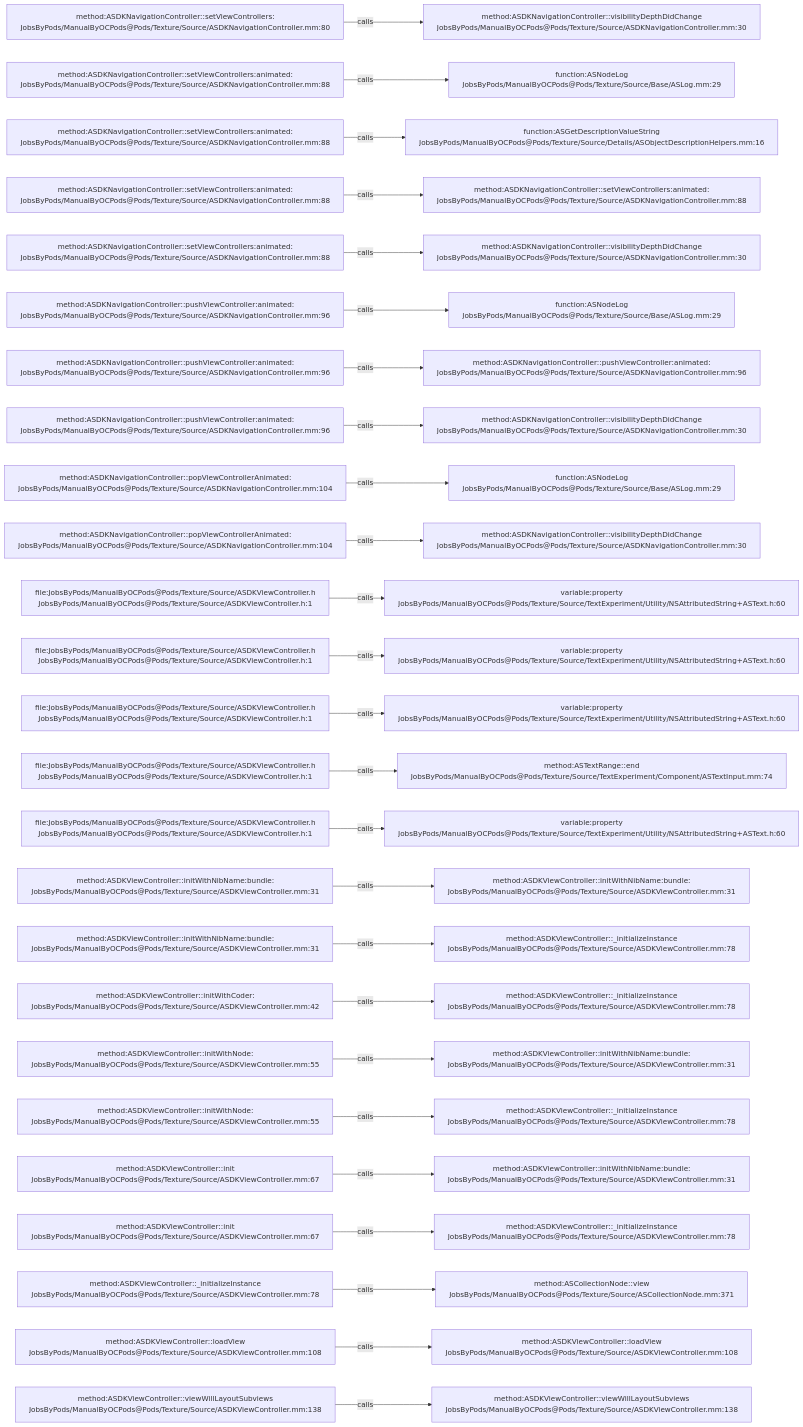
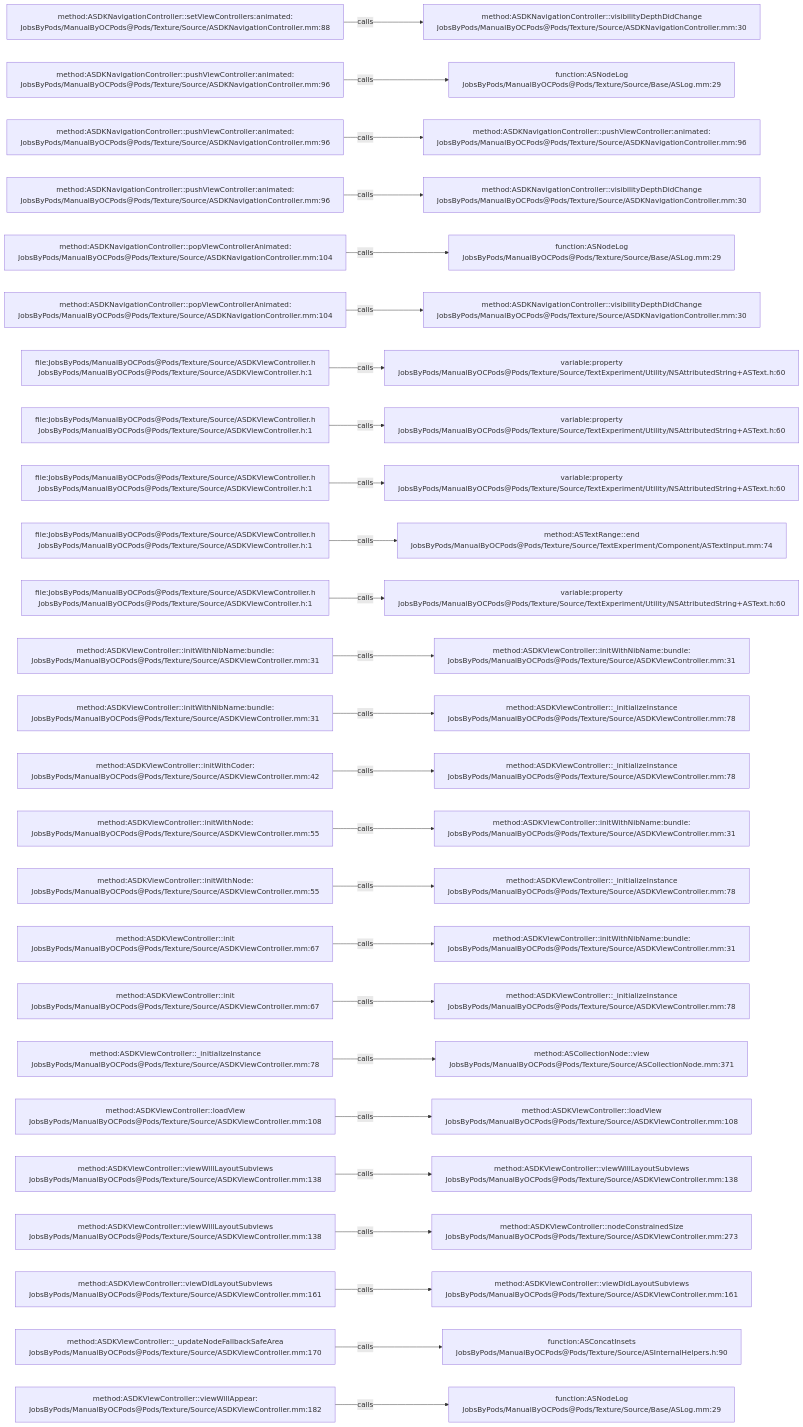
Before and after one commit to JobsKits/JobsOCBaseConfigDemo: the diagram in .codegraph/codegraph.md/graphs/calls-086.md, drawn with Mermaid. The commit also changed 727 other files, not shown here.

````diff
--- a/.codegraph/codegraph.md/graphs/calls-086.md
+++ b/.codegraph/codegraph.md/graphs/calls-086.md
@@ -13,78 +13,78 @@
 ```mermaid
 flowchart LR
-  S1["method:ASDKNavigationController::setViewControllers:<br/>JobsByPods/ManualByOCPods@Pods/Texture/Source/ASDKNavigationController.mm:80"]
+  S1["method:ASDKNavigationController::setViewControllers:animated:<br/>JobsByPods/ManualByOCPods@Pods/Texture/Source/ASDKNavigationController.mm:88"]
   T1["method:ASDKNavigationController::visibilityDepthDidChange<br/>JobsByPods/ManualByOCPods@Pods/Texture/Source/ASDKNavigationController.mm:30"]
   S1 -->|calls| T1
-  S2["method:ASDKNavigationController::setViewControllers:animated:<br/>JobsByPods/ManualByOCPods@Pods/Texture/Source/ASDKNavigationController.mm:88"]
+  S2["method:ASDKNavigationController::pushViewController:animated:<br/>JobsByPods/ManualByOCPods@Pods/Texture/Source/ASDKNavigationController.mm:96"]
   T2["function:ASNodeLog<br/>JobsByPods/ManualByOCPods@Pods/Texture/Source/Base/ASLog.mm:29"]
   S2 -->|calls| T2
-  S3["method:ASDKNavigationController::setViewControllers:animated:<br/>JobsByPods/ManualByOCPods@Pods/Texture/Source/ASDKNavigationController.mm:88"]
-  T3["function:ASGetDescriptionValueString<br/>JobsByPods/ManualByOCPods@Pods/Texture/Source/Details/ASObjectDescriptionHelpers.mm:16"]
+  S3["method:ASDKNavigationController::pushViewController:animated:<br/>JobsByPods/ManualByOCPods@Pods/Texture/Source/ASDKNavigationController.mm:96"]
+  T3["method:ASDKNavigationController::pushViewController:animated:<br/>JobsByPods/ManualByOCPods@Pods/Texture/Source/ASDKNavigationController.mm:96"]
   S3 -->|calls| T3
-  S4["method:ASDKNavigationController::setViewControllers:animated:<br/>JobsByPods/ManualByOCPods@Pods/Texture/Source/ASDKNavigationController.mm:88"]
-  T4["method:ASDKNavigationController::setViewControllers:animated:<br/>JobsByPods/ManualByOCPods@Pods/Texture/Source/ASDKNavigationController.mm:88"]
+  S4["method:ASDKNavigationController::pushViewController:animated:<br/>JobsByPods/ManualByOCPods@Pods/Texture/Source/ASDKNavigationController.mm:96"]
+  T4["method:ASDKNavigationController::visibilityDepthDidChange<br/>JobsByPods/ManualByOCPods@Pods/Texture/Source/ASDKNavigationController.mm:30"]
   S4 -->|calls| T4
-  S5["method:ASDKNavigationController::setViewControllers:animated:<br/>JobsByPods/ManualByOCPods@Pods/Texture/Source/ASDKNavigationController.mm:88"]
-  T5["method:ASDKNavigationController::visibilityDepthDidChange<br/>JobsByPods/ManualByOCPods@Pods/Texture/Source/ASDKNavigationController.mm:30"]
+  S5["method:ASDKNavigationController::popViewControllerAnimated:<br/>JobsByPods/ManualByOCPods@Pods/Texture/Source/ASDKNavigationController.mm:104"]
+  T5["function:ASNodeLog<br/>JobsByPods/ManualByOCPods@Pods/Texture/Source/Base/ASLog.mm:29"]
   S5 -->|calls| T5
-  S6["method:ASDKNavigationController::pushViewController:animated:<br/>JobsByPods/ManualByOCPods@Pods/Texture/Source/ASDKNavigationController.mm:96"]
-  T6["function:ASNodeLog<br/>JobsByPods/ManualByOCPods@Pods/Texture/Source/Base/ASLog.mm:29"]
+  S6["method:ASDKNavigationController::popViewControllerAnimated:<br/>JobsByPods/ManualByOCPods@Pods/Texture/Source/ASDKNavigationController.mm:104"]
+  T6["method:ASDKNavigationController::visibilityDepthDidChange<br/>JobsByPods/ManualByOCPods@Pods/Texture/Source/ASDKNavigationController.mm:30"]
   S6 -->|calls| T6
-  S7["method:ASDKNavigationController::pushViewController:animated:<br/>JobsByPods/ManualByOCPods@Pods/Texture/Source/ASDKNavigationController.mm:96"]
-  T7["method:ASDKNavigationController::pushViewController:animated:<br/>JobsByPods/ManualByOCPods@Pods/Texture/Source/ASDKNavigationController.mm:96"]
+  S7["file:JobsByPods/ManualByOCPods@Pods/Texture/Source/ASDKViewController.h<br/>JobsByPods/ManualByOCPods@Pods/Texture/Source/ASDKViewController.h:1"]
+  T7["variable:property<br/>JobsByPods/ManualByOCPods@Pods/Texture/Source/TextExperiment/Utility/NSAttributedString+ASText.h:60"]
   S7 -->|calls| T7
-  S8["method:ASDKNavigationController::pushViewController:animated:<br/>JobsByPods/ManualByOCPods@Pods/Texture/Source/ASDKNavigationController.mm:96"]
-  T8["method:ASDKNavigationController::visibilityDepthDidChange<br/>JobsByPods/ManualByOCPods@Pods/Texture/Source/ASDKNavigationController.mm:30"]
+  S8["file:JobsByPods/ManualByOCPods@Pods/Texture/Source/ASDKViewController.h<br/>JobsByPods/ManualByOCPods@Pods/Texture/Source/ASDKViewController.h:1"]
+  T8["variable:property<br/>JobsByPods/ManualByOCPods@Pods/Texture/Source/TextExperiment/Utility/NSAttributedString+ASText.h:60"]
   S8 -->|calls| T8
-  S9["method:ASDKNavigationController::popViewControllerAnimated:<br/>JobsByPods/ManualByOCPods@Pods/Texture/Source/ASDKNavigationController.mm:104"]
-  T9["function:ASNodeLog<br/>JobsByPods/ManualByOCPods@Pods/Texture/Source/Base/ASLog.mm:29"]
+  S9["file:JobsByPods/ManualByOCPods@Pods/Texture/Source/ASDKViewController.h<br/>JobsByPods/ManualByOCPods@Pods/Texture/Source/ASDKViewController.h:1"]
+  T9["variable:property<br/>JobsByPods/ManualByOCPods@Pods/Texture/Source/TextExperiment/Utility/NSAttributedString+ASText.h:60"]
   S9 -->|calls| T9
-  S10["method:ASDKNavigationController::popViewControllerAnimated:<br/>JobsByPods/ManualByOCPods@Pods/Texture/Source/ASDKNavigationController.mm:104"]
-  T10["method:ASDKNavigationController::visibilityDepthDidChange<br/>JobsByPods/ManualByOCPods@Pods/Texture/Source/ASDKNavigationController.mm:30"]
+  S10["file:JobsByPods/ManualByOCPods@Pods/Texture/Source/ASDKViewController.h<br/>JobsByPods/ManualByOCPods@Pods/Texture/Source/ASDKViewController.h:1"]
+  T10["method:ASTextRange::end<br/>JobsByPods/ManualByOCPods@Pods/Texture/Source/TextExperiment/Component/ASTextInput.mm:74"]
   S10 -->|calls| T10
   S11["file:JobsByPods/ManualByOCPods@Pods/Texture/Source/ASDKViewController.h<br/>JobsByPods/ManualByOCPods@Pods/Texture/Source/ASDKViewController.h:1"]
   T11["variable:property<br/>JobsByPods/ManualByOCPods@Pods/Texture/Source/TextExperiment/Utility/NSAttributedString+ASText.h:60"]
   S11 -->|calls| T11
-  S12["file:JobsByPods/ManualByOCPods@Pods/Texture/Source/ASDKViewController.h<br/>JobsByPods/ManualByOCPods@Pods/Texture/Source/ASDKViewController.h:1"]
-  T12["variable:property<br/>JobsByPods/ManualByOCPods@Pods/Texture/Source/TextExperiment/Utility/NSAttributedString+ASText.h:60"]
+  S12["method:ASDKViewController::initWithNibName:bundle:<br/>JobsByPods/ManualByOCPods@Pods/Texture/Source/ASDKViewController.mm:31"]
+  T12["method:ASDKViewController::initWithNibName:bundle:<br/>JobsByPods/ManualByOCPods@Pods/Texture/Source/ASDKViewController.mm:31"]
   S12 -->|calls| T12
-  S13["file:JobsByPods/ManualByOCPods@Pods/Texture/Source/ASDKViewController.h<br/>JobsByPods/ManualByOCPods@Pods/Texture/Source/ASDKViewController.h:1"]
-  T13["variable:property<br/>JobsByPods/ManualByOCPods@Pods/Texture/Source/TextExperiment/Utility/NSAttributedString+ASText.h:60"]
+  S13["method:ASDKViewController::initWithNibName:bundle:<br/>JobsByPods/ManualByOCPods@Pods/Texture/Source/ASDKViewController.mm:31"]
+  T13["method:ASDKViewController::_initializeInstance<br/>JobsByPods/ManualByOCPods@Pods/Texture/Source/ASDKViewController.mm:78"]
   S13 -->|calls| T13
-  S14["file:JobsByPods/ManualByOCPods@Pods/Texture/Source/ASDKViewController.h<br/>JobsByPods/ManualByOCPods@Pods/Texture/Source/ASDKViewController.h:1"]
-  T14["method:ASTextRange::end<br/>JobsByPods/ManualByOCPods@Pods/Texture/Source/TextExperiment/Component/ASTextInput.mm:74"]
+  S14["method:ASDKViewController::initWithCoder:<br/>JobsByPods/ManualByOCPods@Pods/Texture/Source/ASDKViewController.mm:42"]
+  T14["method:ASDKViewController::_initializeInstance<br/>JobsByPods/ManualByOCPods@Pods/Texture/Source/ASDKViewController.mm:78"]
   S14 -->|calls| T14
-  S15["file:JobsByPods/ManualByOCPods@Pods/Texture/Source/ASDKViewController.h<br/>JobsByPods/ManualByOCPods@Pods/Texture/Source/ASDKViewController.h:1"]
-  T15["variable:property<br/>JobsByPods/ManualByOCPods@Pods/Texture/Source/TextExperiment/Utility/NSAttributedString+ASText.h:60"]
+  S15["method:ASDKViewController::initWithNode:<br/>JobsByPods/ManualByOCPods@Pods/Texture/Source/ASDKViewController.mm:55"]
+  T15["method:ASDKViewController::initWithNibName:bundle:<br/>JobsByPods/ManualByOCPods@Pods/Texture/Source/ASDKViewController.mm:31"]
   S15 -->|calls| T15
-  S16["method:ASDKViewController::initWithNibName:bundle:<br/>JobsByPods/ManualByOCPods@Pods/Texture/Source/ASDKViewController.mm:31"]
-  T16["method:ASDKViewController::initWithNibName:bundle:<br/>JobsByPods/ManualByOCPods@Pods/Texture/Source/ASDKViewController.mm:31"]
+  S16["method:ASDKViewController::initWithNode:<br/>JobsByPods/ManualByOCPods@Pods/Texture/Source/ASDKViewController.mm:55"]
+  T16["method:ASDKViewController::_initializeInstance<br/>JobsByPods/ManualByOCPods@Pods/Texture/Source/ASDKViewController.mm:78"]
   S16 -->|calls| T16
-  S17["method:ASDKViewController::initWithNibName:bundle:<br/>JobsByPods/ManualByOCPods@Pods/Texture/Source/ASDKViewController.mm:31"]
-  T17["method:ASDKViewController::_initializeInstance<br/>JobsByPods/ManualByOCPods@Pods/Texture/Source/ASDKViewController.mm:78"]
+  S17["method:ASDKViewController::init<br/>JobsByPods/ManualByOCPods@Pods/Texture/Source/ASDKViewController.mm:67"]
+  T17["method:ASDKViewController::initWithNibName:bundle:<br/>JobsByPods/ManualByOCPods@Pods/Texture/Source/ASDKViewController.mm:31"]
   S17 -->|calls| T17
-  S18["method:ASDKViewController::initWithCoder:<br/>JobsByPods/ManualByOCPods@Pods/Texture/Source/ASDKViewController.mm:42"]
+  S18["method:ASDKViewController::init<br/>JobsByPods/ManualByOCPods@Pods/Texture/Source/ASDKViewController.mm:67"]
   T18["method:ASDKViewController::_initializeInstance<br/>JobsByPods/ManualByOCPods@Pods/Texture/Source/ASDKViewController.mm:78"]
   S18 -->|calls| T18
-  S19["method:ASDKViewController::initWithNode:<br/>JobsByPods/ManualByOCPods@Pods/Texture/Source/ASDKViewController.mm:55"]
-  T19["method:ASDKViewController::initWithNibName:bundle:<br/>JobsByPods/ManualByOCPods@Pods/Texture/Source/ASDKViewController.mm:31"]
+  S19["method:ASDKViewController::_initializeInstance<br/>JobsByPods/ManualByOCPods@Pods/Texture/Source/ASDKViewController.mm:78"]
+  T19["method:ASCollectionNode::view<br/>JobsByPods/ManualByOCPods@Pods/Texture/Source/ASCollectionNode.mm:371"]
   S19 -->|calls| T19
-  S20["method:ASDKViewController::initWithNode:<br/>JobsByPods/ManualByOCPods@Pods/Texture/Source/ASDKViewController.mm:55"]
-  T20["method:ASDKViewController::_initializeInstance<br/>JobsByPods/ManualByOCPods@Pods/Texture/Source/ASDKViewController.mm:78"]
+  S20["method:ASDKViewController::loadView<br/>JobsByPods/ManualByOCPods@Pods/Texture/Source/ASDKViewController.mm:108"]
+  T20["method:ASDKViewController::loadView<br/>JobsByPods/ManualByOCPods@Pods/Texture/Source/ASDKViewController.mm:108"]
   S20 -->|calls| T20
-  S21["method:ASDKViewController::init<br/>JobsByPods/ManualByOCPods@Pods/Texture/Source/ASDKViewController.mm:67"]
-  T21["method:ASDKViewController::initWithNibName:bundle:<br/>JobsByPods/ManualByOCPods@Pods/Texture/Source/ASDKViewController.mm:31"]
+  S21["method:ASDKViewController::viewWillLayoutSubviews<br/>JobsByPods/ManualByOCPods@Pods/Texture/Source/ASDKViewController.mm:138"]
+  T21["method:ASDKViewController::viewWillLayoutSubviews<br/>JobsByPods/ManualByOCPods@Pods/Texture/Source/ASDKViewController.mm:138"]
   S21 -->|calls| T21
-  S22["method:ASDKViewController::init<br/>JobsByPods/ManualByOCPods@Pods/Texture/Source/ASDKViewController.mm:67"]
-  T22["method:ASDKViewController::_initializeInstance<br/>JobsByPods/ManualByOCPods@Pods/Texture/Source/ASDKViewController.mm:78"]
+  S22["method:ASDKViewController::viewWillLayoutSubviews<br/>JobsByPods/ManualByOCPods@Pods/Texture/Source/ASDKViewController.mm:138"]
+  T22["method:ASDKViewController::nodeConstrainedSize<br/>JobsByPods/ManualByOCPods@Pods/Texture/Source/ASDKViewController.mm:273"]
   S22 -->|calls| T22
-  S23["method:ASDKViewController::_initializeInstance<br/>JobsByPods/ManualByOCPods@Pods/Texture/Source/ASDKViewController.mm:78"]
-  T23["method:ASCollectionNode::view<br/>JobsByPods/ManualByOCPods@Pods/Texture/Source/ASCollectionNode.mm:371"]
+  S23["method:ASDKViewController::viewDidLayoutSubviews<br/>JobsByPods/ManualByOCPods@Pods/Texture/Source/ASDKViewController.mm:161"]
+  T23["method:ASDKViewController::viewDidLayoutSubviews<br/>JobsByPods/ManualByOCPods@Pods/Texture/Source/ASDKViewController.mm:161"]
   S23 -->|calls| T23
-  S24["method:ASDKViewController::loadView<br/>JobsByPods/ManualByOCPods@Pods/Texture/Source/ASDKViewController.mm:108"]
-  T24["method:ASDKViewController::loadView<br/>JobsByPods/ManualByOCPods@Pods/Texture/Source/ASDKViewController.mm:108"]
+  S24["method:ASDKViewController::_updateNodeFallbackSafeArea<br/>JobsByPods/ManualByOCPods@Pods/Texture/Source/ASDKViewController.mm:170"]
+  T24["function:ASConcatInsets<br/>JobsByPods/ManualByOCPods@Pods/Texture/Source/ASInternalHelpers.h:90"]
   S24 -->|calls| T24
-  S25["method:ASDKViewController::viewWillLayoutSubviews<br/>JobsByPods/ManualByOCPods@Pods/Texture/Source/ASDKViewController.mm:138"]
-  T25["method:ASDKViewController::viewWillLayoutSubviews<br/>JobsByPods/ManualByOCPods@Pods/Texture/Source/ASDKViewController.mm:138"]
+  S25["method:ASDKViewController::viewWillAppear:<br/>JobsByPods/ManualByOCPods@Pods/Texture/Source/ASDKViewController.mm:182"]
+  T25["function:ASNodeLog<br/>JobsByPods/ManualByOCPods@Pods/Texture/Source/Base/ASLog.mm:29"]
   S25 -->|calls| T25
 ```
````
